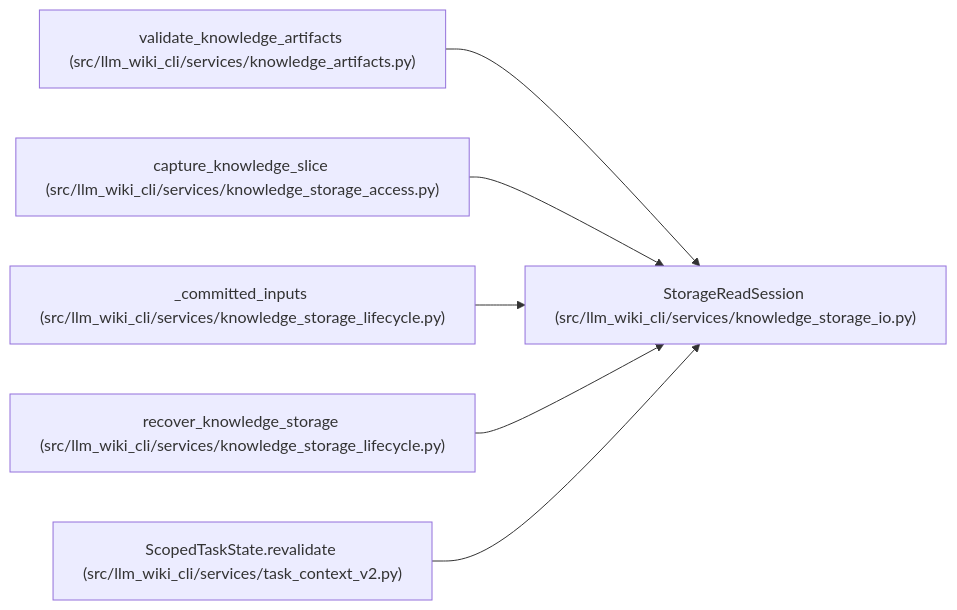
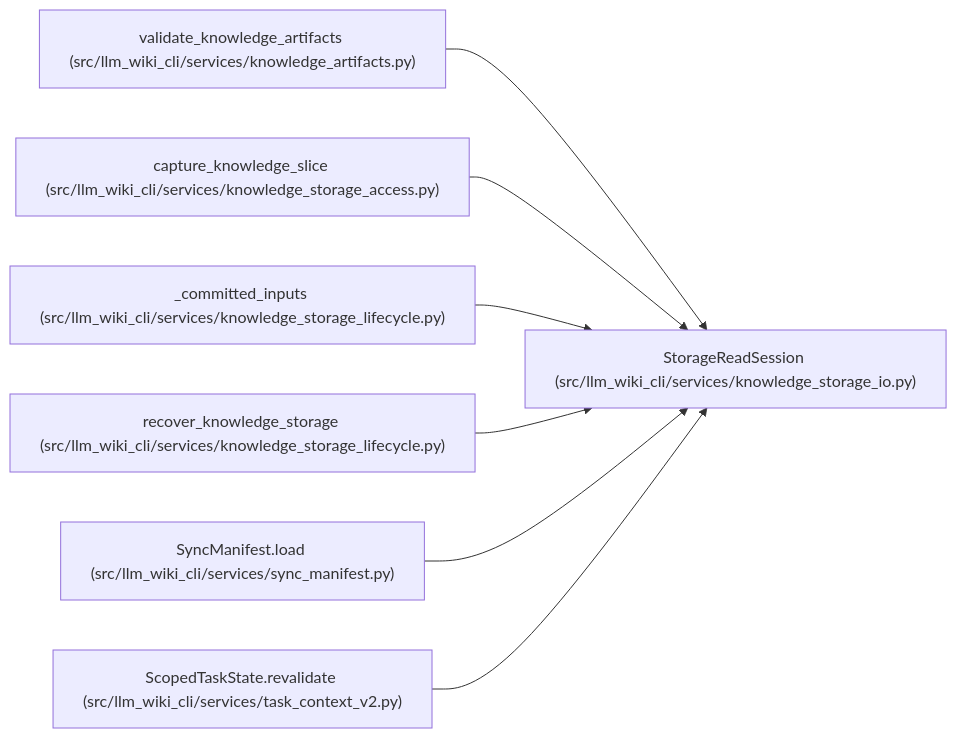
Before and after one commit to Denissvgn/python-wiki-llm: the diagram in docs/llm_wiki/entities/StorageReadSession.md, drawn with Mermaid. The commit also changed other lines of this file and 476 other files, not shown here.

Commit message:
Refresh the reference wiki with bounded manifest storage

````diff
--- a/docs/llm_wiki/entities/StorageReadSession.md
+++ b/docs/llm_wiki/entities/StorageReadSession.md
@@ -29,20 +29,23 @@
 ```mermaid
 flowchart LR
     n0["StorageReadSession (src/llm_wiki_cli/services/knowledge_storage_io.py)"]
     n1["validate_knowledge_artifacts (src/llm_wiki_cli/services/knowledge_artifacts.py)"]
     n2["capture_knowledge_slice (src/llm_wiki_cli/services/knowledge_storage_access.py)"]
     n3["_committed_inputs (src/llm_wiki_cli/services/knowledge_storage_lifecycle.py)"]
     n4["recover_knowledge_storage (src/llm_wiki_cli/services/knowledge_storage_lifecycle.py)"]
-    n5["ScopedTaskState.revalidate (src/llm_wiki_cli/services/task_context_v2.py)"]
+    n5["SyncManifest.load (src/llm_wiki_cli/services/sync_manifest.py)"]
+    n6["ScopedTaskState.revalidate (src/llm_wiki_cli/services/task_context_v2.py)"]
     n1 --> n0
     n2 --> n0
     n3 --> n0
     n4 --> n0
     n5 --> n0
+    n6 --> n0
     click n0 "../modules/knowledge_storage_io.md"
     click n1 "../modules/knowledge_artifacts.md"
     click n2 "../modules/knowledge_storage_access.md"
     click n3 "../modules/knowledge_storage_lifecycle.md"
     click n4 "../modules/knowledge_storage_lifecycle.md"
-    click n5 "../modules/task_context_v2.md"
+    click n5 "../modules/sync_manifest.md"
+    click n6 "../modules/task_context_v2.md"
 ```
````
